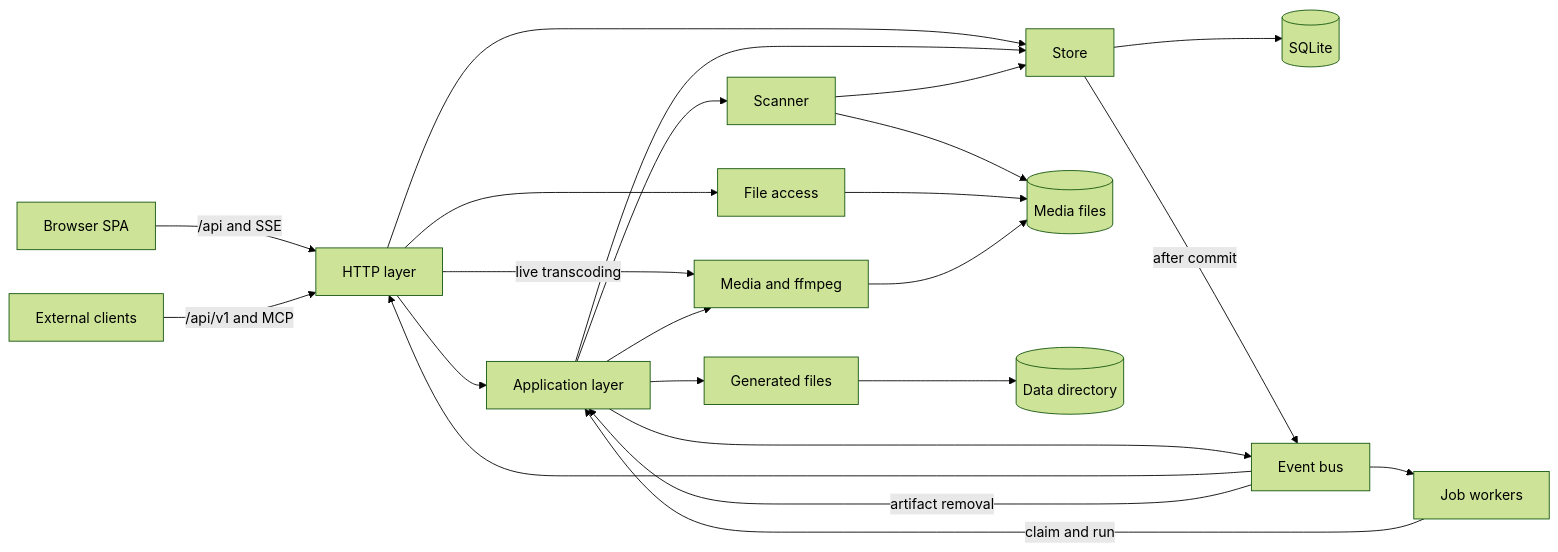
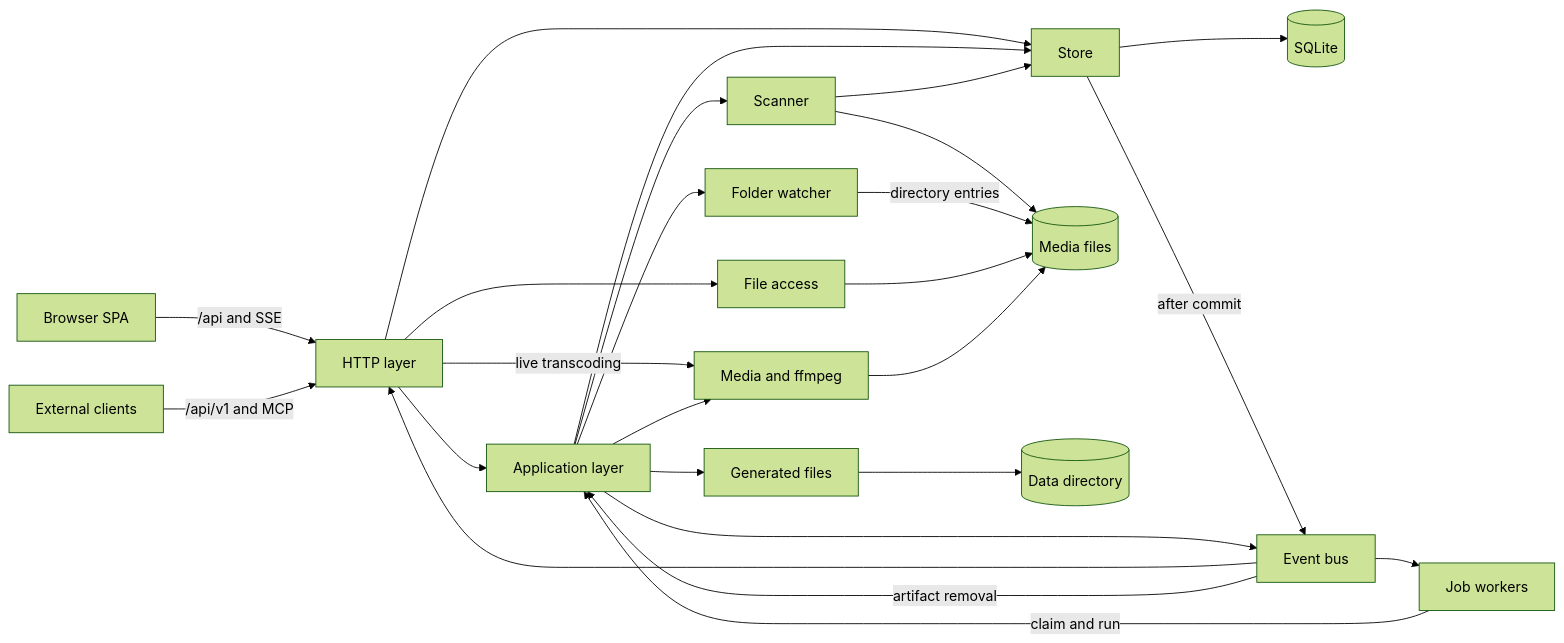
The first of 3 diagrams in ARCHITECTURE.md (syudead/vv), drawn with Mermaid (forest theme) before and after one commit. The commit also changed other lines of this file and 17 other files, not shown here.

````diff
--- a/ARCHITECTURE.md
+++ b/ARCHITECTURE.md
@@ -21,25 +21,27 @@
 ```mermaid
 flowchart LR
   browser[Browser SPA] -->|/api and SSE| http[HTTP layer]
   ext[External clients] -->|/api/v1 and MCP| http
   http --> app[Application layer]
   http --> store[Store]
   http --> mediafs[File access]
   http -->|live transcoding| media[Media and ffmpeg]
   app --> scanner[Scanner]
+  app --> watcher[Folder watcher]
   app --> media
   app --> artifacts[Generated files]
   app --> store
   workers[Job workers] -->|claim and run| app
   scanner --> store
   store --> sqlite[(SQLite)]
   store -->|after commit| bus[Event bus]
   app --> bus
   bus --> http
   bus --> workers
   bus -->|artifact removal| app
   scanner --> disk[(Media files)]
+  watcher -->|directory entries| disk
   mediafs --> disk
   media --> disk
   artifacts --> gendisk[(Data directory)]
 ```
````
